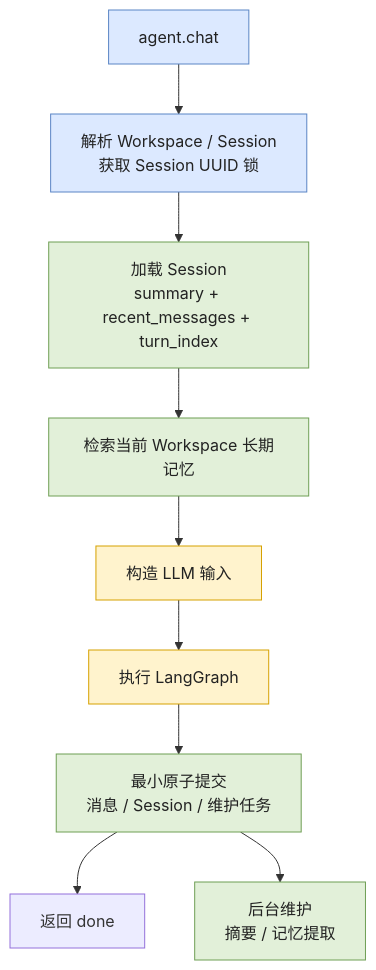
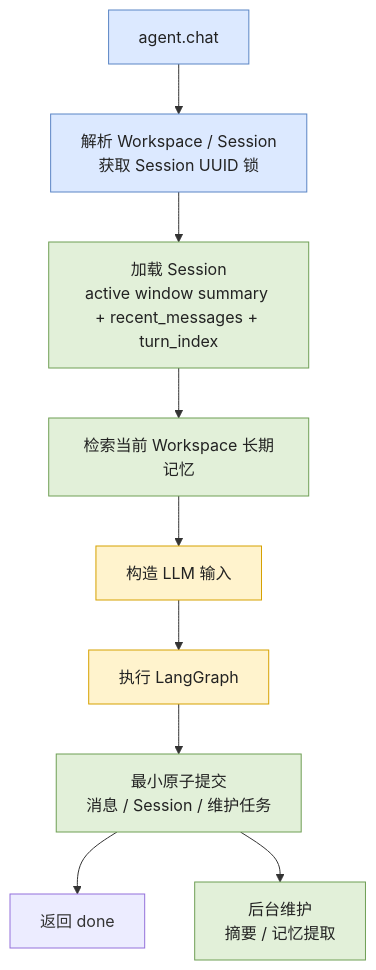
One commit to Dzheng2250/learn_langchain changed the diagram in docs/architecture/memory-management.md. Above: the diagram before and after it, drawn with Mermaid. The commit also changed other lines of this file and 11 other files, not shown here.

````diff
--- a/docs/architecture/memory-management.md
+++ b/docs/architecture/memory-management.md
@@ -76,23 +76,23 @@
 ```mermaid
 flowchart TB
     Request["agent.chat"]
     Identity["解析 Workspace / Session<br/>获取 Session UUID 锁"]
-    Load["加载 Session<br/>summary + recent_messages + turn_index"]
+    Load["加载 Session<br/>active window summary + recent_messages + turn_index"]
     Retrieve["检索当前 Workspace 长期记忆"]
     Compose["构造 LLM 输入"]
     Graph["执行 LangGraph"]
     Commit["最小原子提交<br/>消息 / Session / 维护任务"]
     Done["返回 done"]
     Maintain["后台维护<br/>摘要 / 记忆提取"]
 
     Request --> Identity --> Load --> Retrieve --> Compose --> Graph
     Graph --> Commit --> Done
     Commit --> Maintain
 
     classDef boundary fill:#dce9ff,stroke:#5b85c5,color:#222;
     classDef memory fill:#e2f0d9,stroke:#6f9f55,color:#222;
     classDef execute fill:#fff3cd,stroke:#d6a100,color:#222;
     class Request,Identity boundary;
     class Load,Retrieve,Commit,Maintain memory;
     class Compose,Graph execute;
 ```
````
